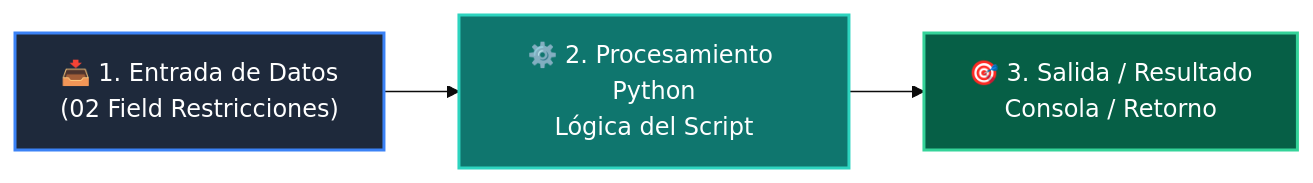
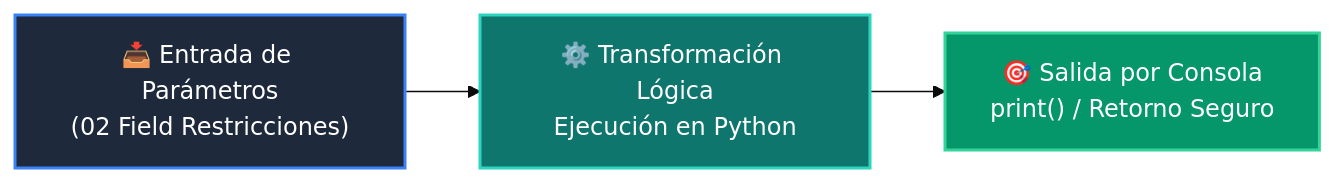
One commit to wisrovi/wisrovi-python changed the diagram in 03-agentes-ia/clase-03-salidas-estructuradas-pydantic/ejemplos/ejemplo_02_field_restricciones/README.md. Above: the diagram before and after it, drawn with Mermaid (base theme). The commit also changed other lines of this file and 226 other files, not shown here.

Commit message:
docs: elevate all repository READMEs to world-class mastery standard with rich pedagogical architecture, custom Mermaids, and professional styling

````diff
--- a/03-agentes-ia/clase-03-salidas-estructuradas-pydantic/ejemplos/ejemplo_02_field_restricciones/README.md
+++ b/03-agentes-ia/clase-03-salidas-estructuradas-pydantic/ejemplos/ejemplo_02_field_restricciones/README.md
@@ -12,9 +19,9 @@
 ```mermaid
 flowchart LR
-    A["📥 1. Entrada de Datos<br/>(02 Field Restricciones)"] --> B["⚙️ 2. Procesamiento Python<br/>Lógica del Script"]
-    B --> C["🎯 3. Salida / Resultado<br/>Consola / Retorno"]
+    A["📥 Entrada de Parámetros<br/>(02 Field Restricciones)"] --> B["⚙️ Transformación Lógica<br/>Ejecución en Python"]
+    B --> C["🎯 Salida por Consola<br/>print() / Retorno Seguro"]
 
-    style A fill:#1e293b,color:#fff,stroke:#3b82f6,stroke-width:2px
-    style B fill:#0f766e,color:#fff,stroke:#2dd4bf,stroke-width:2px
-    style C fill:#065f46,color:#fff,stroke:#34d399,stroke-width:2px
+    style A fill:#1e293b,color:#ffffff,stroke:#3b82f6,stroke-width:2px
+    style B fill:#0f766e,color:#ffffff,stroke:#2dd4bf,stroke-width:2px
+    style C fill:#059669,color:#ffffff,stroke:#34d399,stroke-width:2px
 ```
````
